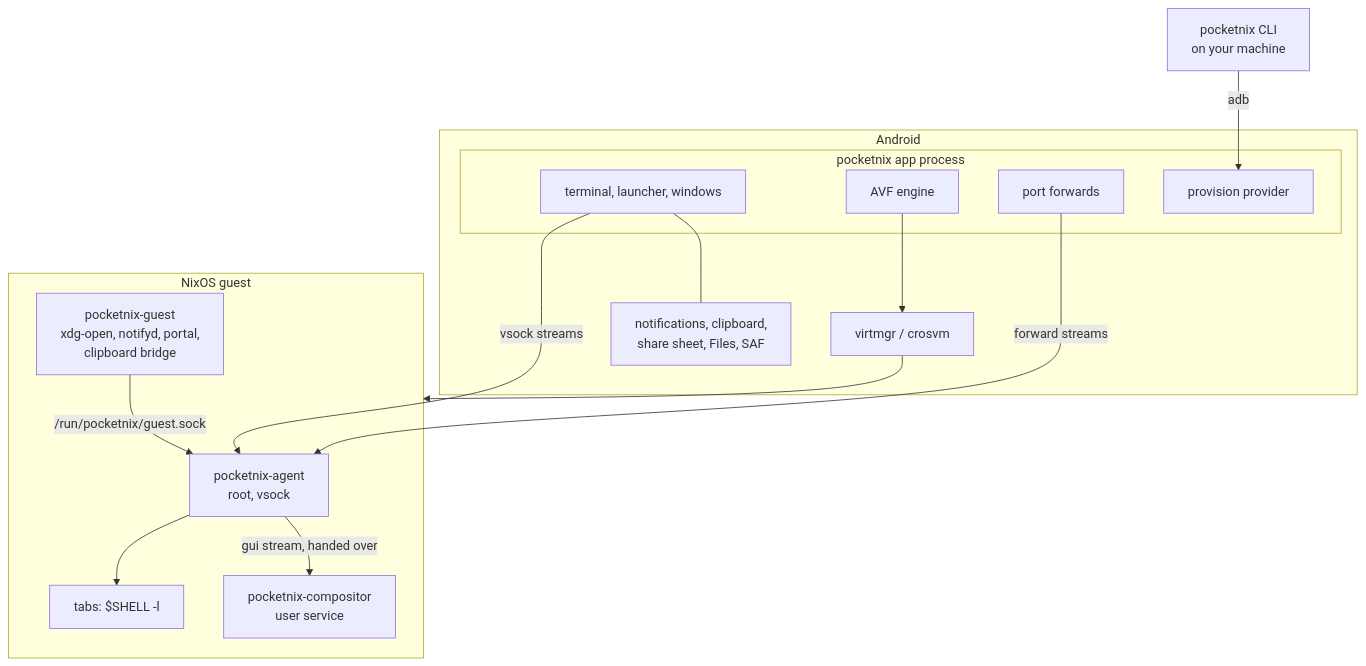
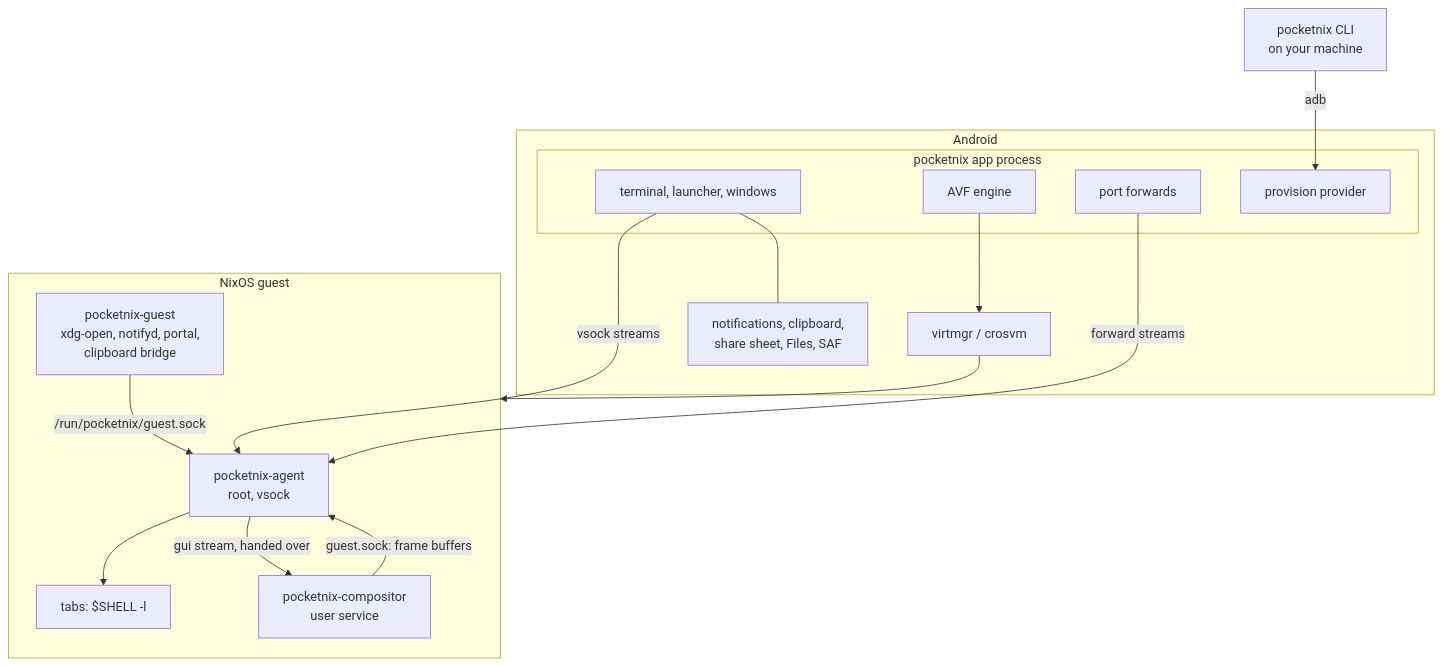
The first of 2 diagrams in docs/architecture.md (nickolaj-jepsen/pocketnix), drawn with Mermaid before and after one commit. The commit also changed other lines of this file, not shown here.

First line of the commit message:
docs: the architecture shows the compositor on the guest socket

````diff
--- a/docs/architecture.md
+++ b/docs/architecture.md
@@ -5,27 +5,28 @@
 ```mermaid
 flowchart TB
   subgraph phone[Android]
     subgraph app[pocketnix app process]
       ui[terminal, launcher, windows]
       engine[AVF engine]
       fwd[port forwards]
       prov[provision provider]
     end
     virtmgr[virtmgr / crosvm]
     android[notifications, clipboard,<br/>share sheet, Files, SAF]
   end
   subgraph guest[NixOS guest]
     agent[pocketnix-agent<br/>root, vsock]
     guestcli[pocketnix-guest<br/>xdg-open, notifyd, portal,<br/>clipboard bridge]
     comp[pocketnix-compositor<br/>user service]
     shells[tabs: $SHELL -l]
   end
   adb[pocketnix CLI<br/>on your machine] -- adb --> prov
   engine --> virtmgr --> guest
   ui -- vsock streams --> agent
   fwd -- forward streams --> agent
   agent --> shells
   guestcli -- /run/pocketnix/guest.sock --> agent
   agent -- gui stream, handed over --> comp
+  comp -- guest.sock: frame buffers --> agent
   ui --- android
 ```
````
